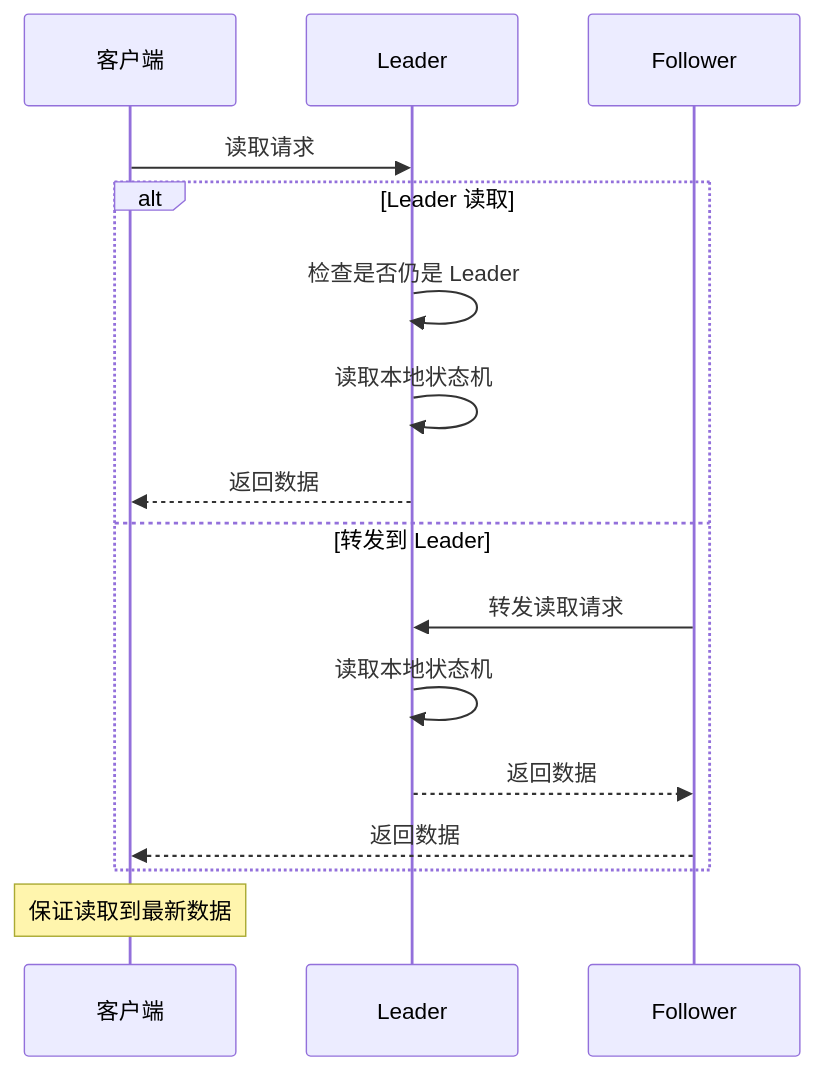
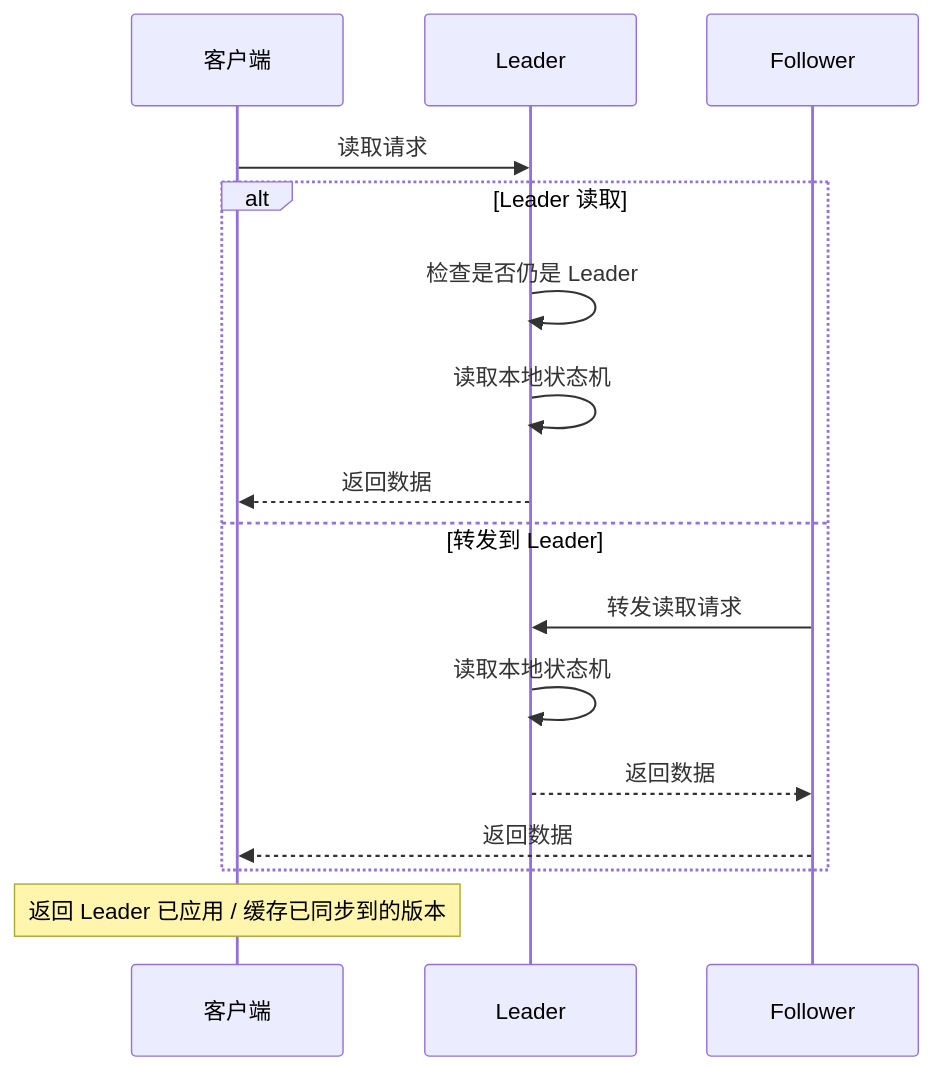
One commit to stefanv5/openGemini changed diagram 13 of 17 in docs/specs/07_state_machine_spec.md. Above: the diagram before and after it, drawn with Mermaid. The commit also changed other lines of this file and 37 other files, not shown here.

````diff
--- a/docs/specs/07_state_machine_spec.md
+++ b/docs/specs/07_state_machine_spec.md
@@ -2002,21 +2053,21 @@
 ```mermaid
 sequenceDiagram
     participant Client as 客户端
     participant Leader as Leader
     participant Follower as Follower
 
     Client->>Leader: 读取请求
 
     alt Leader 读取
         Leader->>Leader: 检查是否仍是 Leader
         Leader->>Leader: 读取本地状态机
         Leader-->>Client: 返回数据
     else 转发到 Leader
         Follower->>Leader: 转发读取请求
         Leader->>Leader: 读取本地状态机
         Leader-->>Follower: 返回数据
         Follower-->>Client: 返回数据
     end
 
-    Note over Client: 保证读取到最新数据
+    Note over Client: 返回 Leader 已应用 / 缓存已同步到的版本
 ```
````
